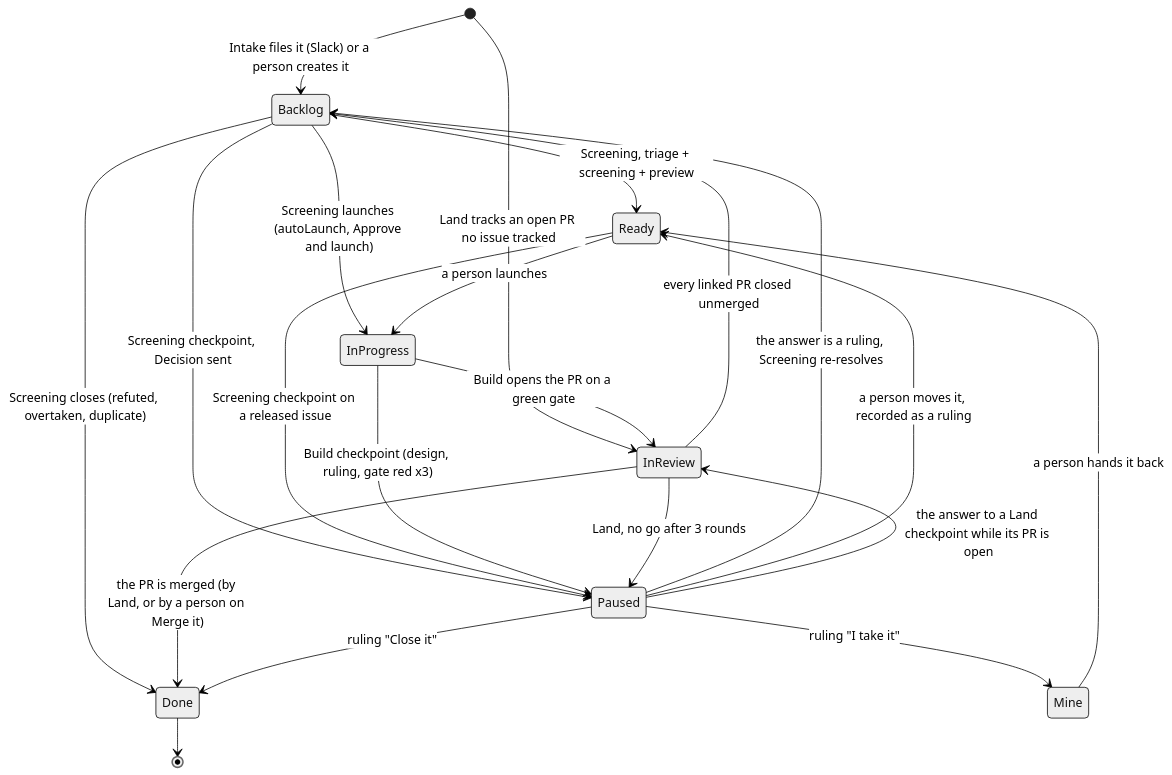
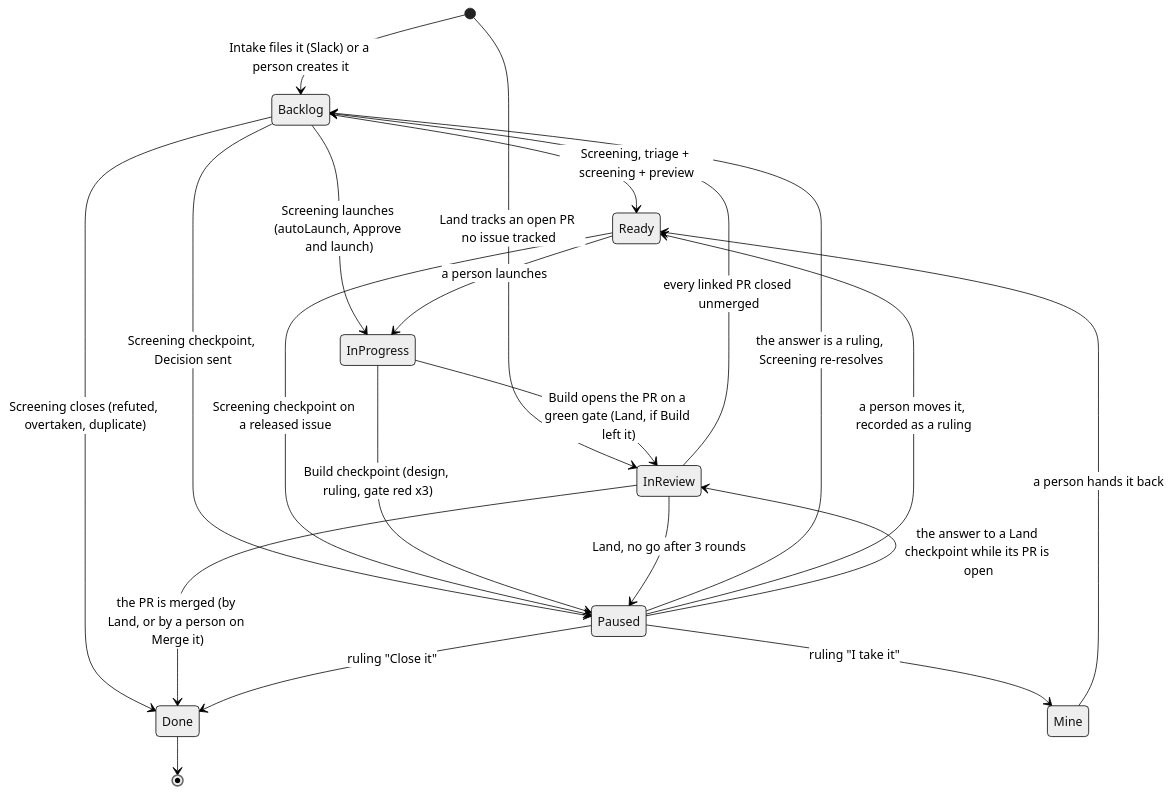
Before and after one commit to standardshq/skills: the diagram in skills/working-on-issues/workflow.md, drawn with Mermaid (neutral theme). The commit also changed other lines of this file and 3 other files, not shown here.

First line of the commit message:
feat(landing-pull-requests): Land's pipe is the open pull requests, and Build moves to In review at once (#13)

````diff
--- a/skills/working-on-issues/workflow.md
+++ b/skills/working-on-issues/workflow.md
@@ -6,23 +6,23 @@
 ```mermaid
 stateDiagram-v2
   [*] --> Backlog: Intake files it (Slack) or a person creates it
   [*] --> InReview: Land tracks an open PR no issue tracked
   Backlog --> Ready: Screening, triage + screening + preview
   Backlog --> InProgress: Screening launches (autoLaunch, Approve and launch)
   Backlog --> Paused: Screening checkpoint, Decision sent
   Backlog --> Done: Screening closes (refuted, overtaken, duplicate)
   Ready --> InProgress: a person launches
   Ready --> Paused: Screening checkpoint on a released issue
-  InProgress --> InReview: Build opens the PR on a green gate
+  InProgress --> InReview: Build opens the PR on a green gate (Land, if Build left it)
   InProgress --> Paused: Build checkpoint (design, ruling, gate red x3)
   InReview --> Done: the PR is merged (by Land, or by a person on Merge it)
   InReview --> Paused: Land, no go after 3 rounds
   InReview --> Backlog: every linked PR closed unmerged
   Paused --> Backlog: the answer is a ruling, Screening re-resolves
   Paused --> Ready: a person moves it, recorded as a ruling
   Paused --> Mine: ruling "I take it"
   Paused --> InReview: the answer to a Land checkpoint while its PR is open
   Paused --> Done: ruling "Close it"
   Mine --> Ready: a person hands it back
   Done --> [*]
 ```
````
